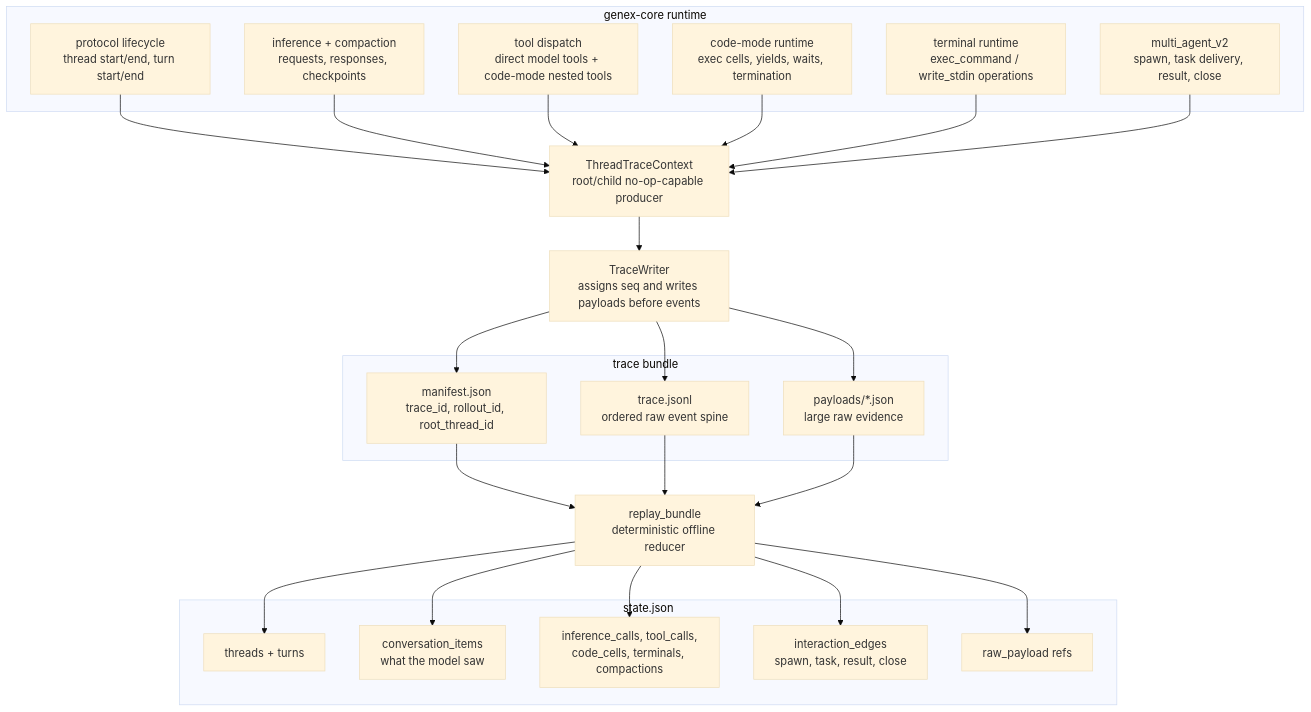
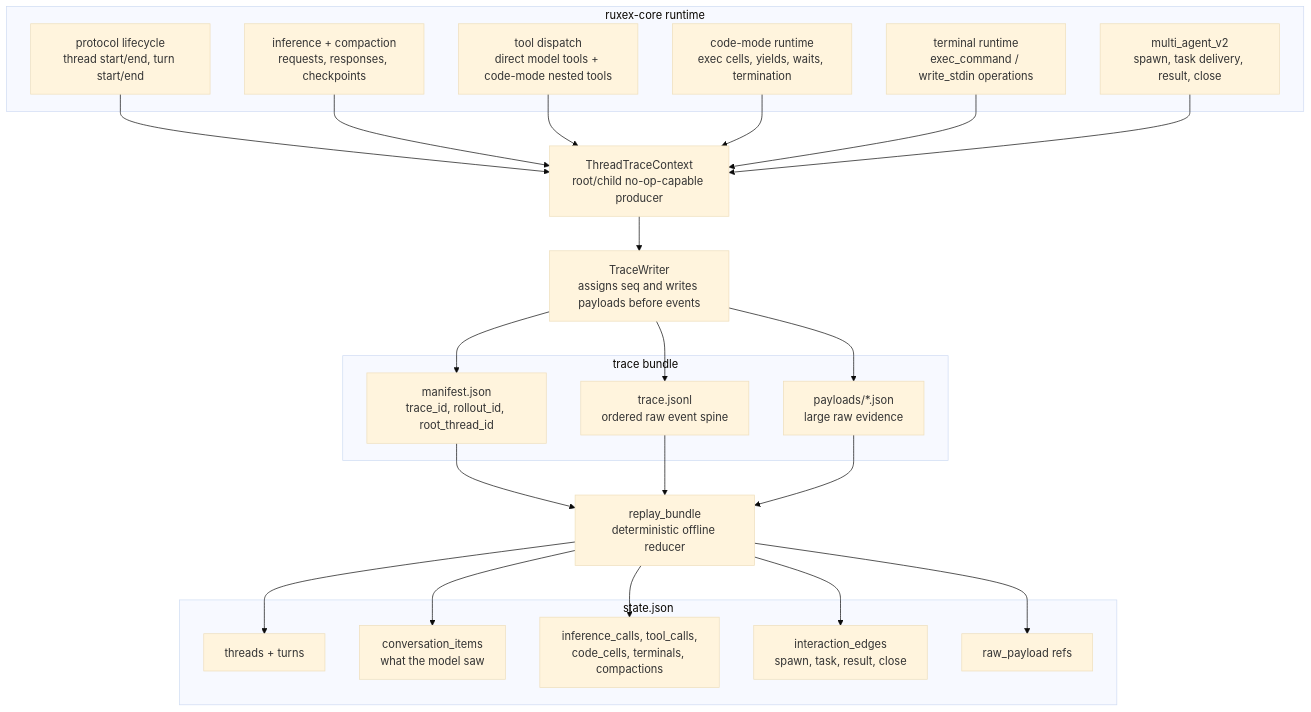
The first of 3 diagrams in crates/rollout-trace/README.md (Ruxex/ruxex), drawn with Mermaid (base theme) before and after one commit. The commit also changed other lines of this file and 2626 other files, not shown here.

````diff
--- a/crates/rollout-trace/README.md
+++ b/crates/rollout-trace/README.md
@@ -41,52 +41,52 @@
 ```mermaid
 flowchart TD
-    subgraph Runtime["genex-core runtime"]
+    subgraph Runtime["ruxex-core runtime"]
         Protocol["protocol lifecycle\nthread start/end, turn start/end"]
         Inference["inference + compaction\nrequests, responses, checkpoints"]
         Tools["tool dispatch\ndirect model tools + code-mode nested tools"]
         CodeMode["code-mode runtime\nexec cells, yields, waits, termination"]
         Terminal["terminal runtime\nexec_command / write_stdin operations"]
         Agents["multi_agent_v2\nspawn, task delivery, result, close"]
     end
 
     Context["ThreadTraceContext\nroot/child no-op-capable producer"]
     Writer["TraceWriter\nassigns seq and writes payloads before events"]
 
     subgraph Bundle["trace bundle"]
         Manifest["manifest.json\ntrace_id, rollout_id, root_thread_id"]
         Events["trace.jsonl\nordered raw event spine"]
         Payloads["payloads/*.json\nlarge raw evidence"]
     end
 
     Reducer["replay_bundle\ndeterministic offline reducer"]
 
     subgraph State["state.json"]
         Threads["threads + turns"]
         Conversation["conversation_items\nwhat the model saw"]
         RuntimeObjects["inference_calls, tool_calls,\ncode_cells, terminals, compactions"]
         Edges["interaction_edges\nspawn, task, result, close"]
         RawRefs["raw_payload refs"]
     end
 
     Protocol --> Context
     Inference --> Context
     Tools --> Context
     CodeMode --> Context
     Terminal --> Context
     Agents --> Context
 
     Context --> Writer
     Writer --> Manifest
     Writer --> Payloads
     Writer --> Events
 
     Manifest --> Reducer
     Events --> Reducer
     Payloads --> Reducer
 
     Reducer --> Threads
     Reducer --> Conversation
     Reducer --> RuntimeObjects
     Reducer --> Edges
     Reducer --> RawRefs
 ```
````
